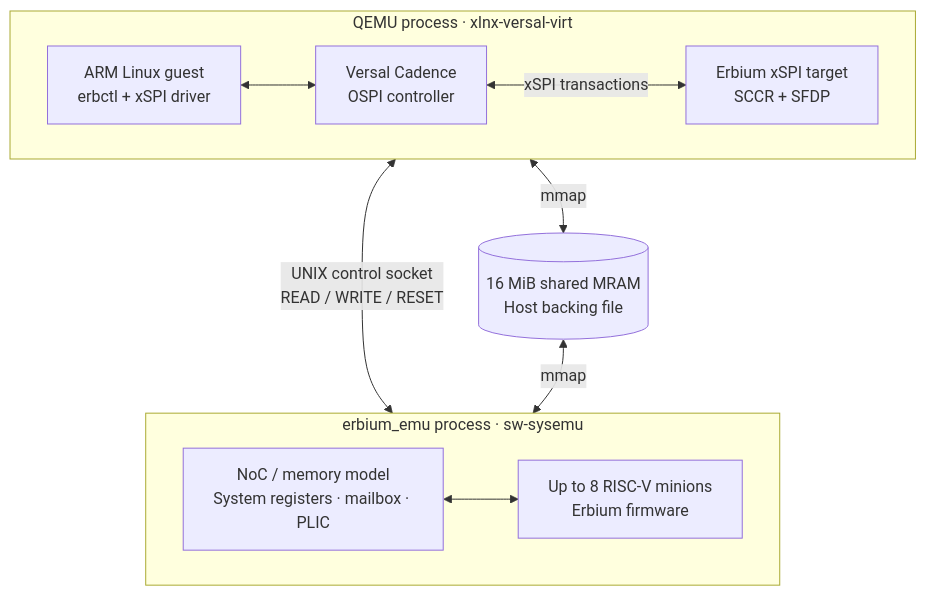
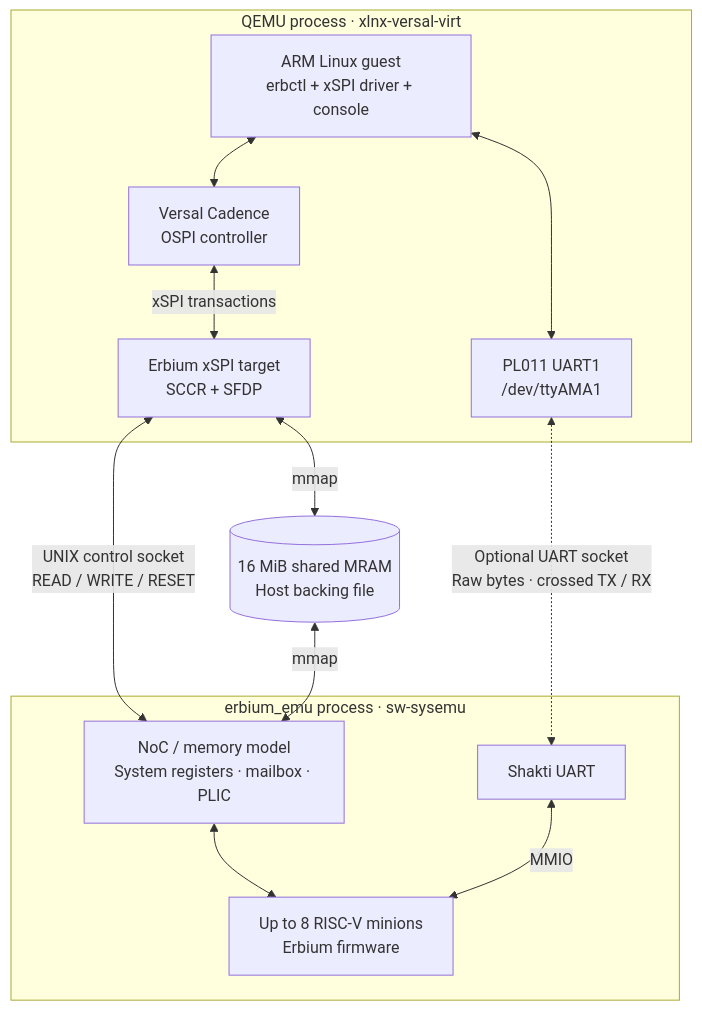
Before and after one commit to gh-ainekko/qemu-erbium: the diagram in README.md, drawn with Mermaid. The commit also changed other lines of this file, not shown here.

Commit message:
Unify emulator topology and show optional UART as a dotted link

````diff
--- a/README.md
+++ b/README.md
@@ -10,24 +10,27 @@
 ```mermaid
 flowchart TB
     subgraph qemu["QEMU process · xlnx-versal-virt"]
-        direction LR
-        linux["ARM Linux guest<br/>erbctl + xSPI driver"]
+        linux["ARM Linux guest<br/>erbctl + xSPI driver + console"]
         ospi["Versal Cadence<br/>OSPI controller"]
         xspi["Erbium xSPI target<br/>SCCR + SFDP"]
+        pl011["PL011 UART1<br/>/dev/ttyAMA1"]
         linux <--> ospi
         ospi <-->|"xSPI transactions"| xspi
+        linux <--> pl011
     end
 
     mram[("16 MiB shared MRAM<br/>Host backing file")]
 
     subgraph sysemu["erbium_emu process · sw-sysemu"]
-        direction LR
         noc["NoC / memory model<br/>System registers · mailbox · PLIC"]
         cpus["Up to 8 RISC-V minions<br/>Erbium firmware"]
+        uart["Shakti UART"]
         noc <--> cpus
+        uart <-->|"MMIO"| cpus
     end
 
-    qemu <-->|"UNIX control socket<br/>READ / WRITE / RESET"| sysemu
-    qemu <-->|"mmap"| mram
-    mram <-->|"mmap"| sysemu
+    xspi <-->|"UNIX control socket<br/>READ / WRITE / RESET"| noc
+    xspi <-->|"mmap"| mram
+    mram <-->|"mmap"| noc
+    pl011 <-.->|"Optional UART socket<br/>Raw bytes · crossed TX / RX"| uart
 ```
````
